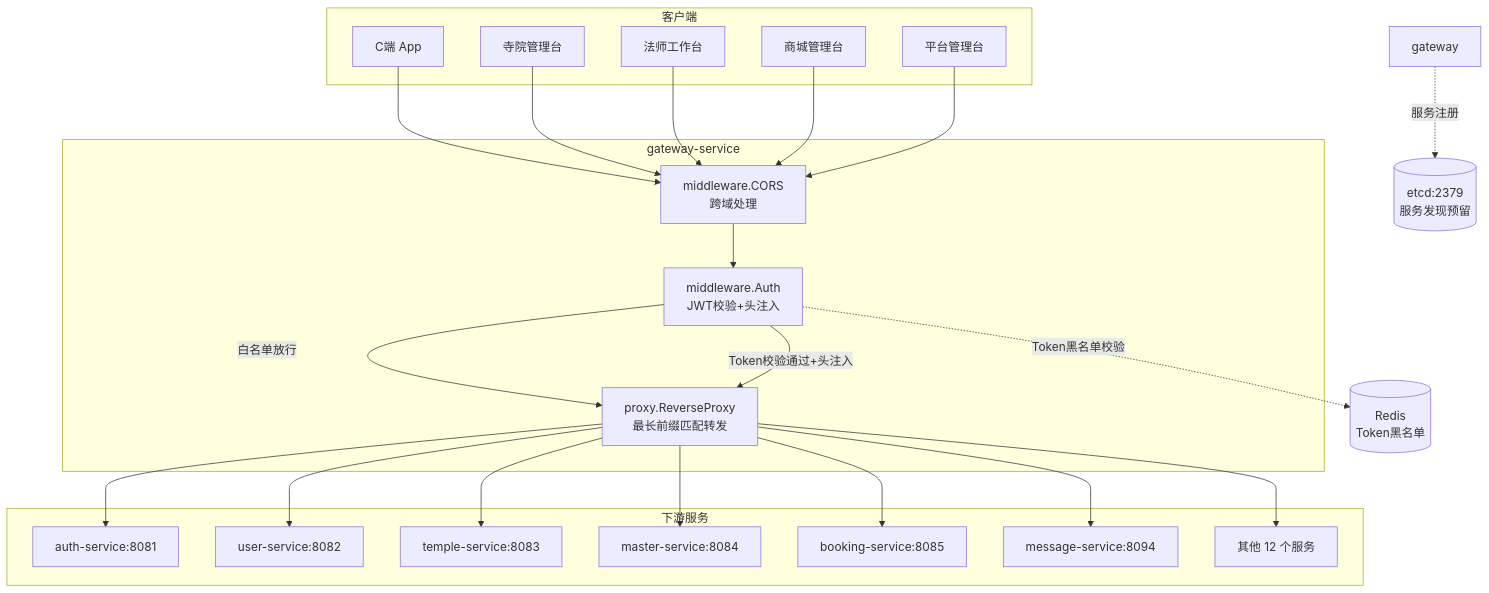
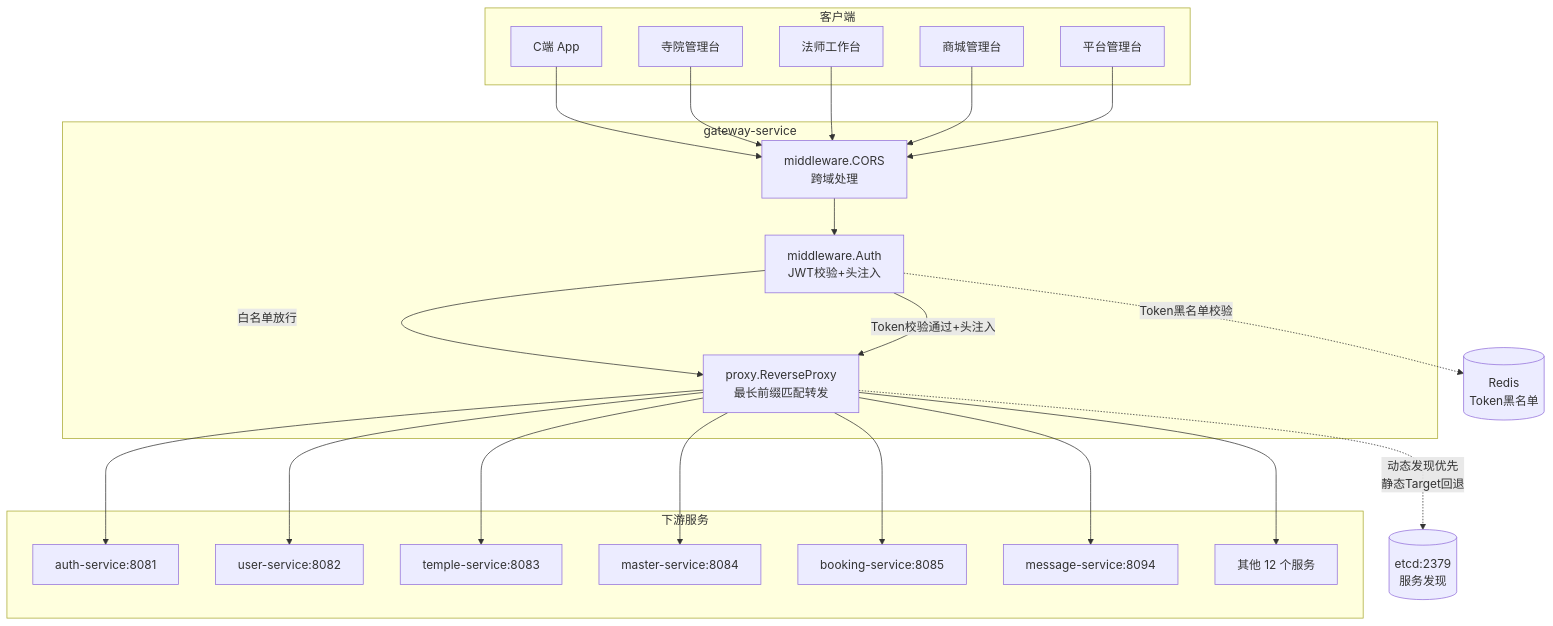
Before and after one commit to askxuan-dongfang/askxuan-docs: the diagram in docs/architecture/services/网关服务.md, drawn with Mermaid. The commit also changed other lines of this file and 2 other files, not shown here.

Commit message:
docs: align gateway and service dictionary docs

````diff
--- a/docs/architecture/services/网关服务.md
+++ b/docs/architecture/services/网关服务.md
@@ -27,37 +27,37 @@
 ```mermaid
 graph TB
     subgraph 客户端
         C1[C端 App]
         C2[寺院管理台]
         C3[法师工作台]
         C4[商城管理台]
         C5[平台管理台]
     end
 
     subgraph gateway-service
         CORS[middleware.CORS<br/>跨域处理]
         AUTH[middleware.Auth<br/>JWT校验+头注入]
         PROXY[proxy.ReverseProxy<br/>最长前缀匹配转发]
     end
 
     subgraph 下游服务
         AUTH_SVC[auth-service:8081]
         USER_SVC[user-service:8082]
         TEMPLE_SVC[temple-service:8083]
         MASTER_SVC[master-service:8084]
         BOOKING_SVC[booking-service:8085]
         MSG_SVC[message-service:8094]
         OTHER_SVC[其他 12 个服务]
     end
 
     REDIS[(Redis<br/>Token黑名单)]
-    ETCD[(etcd:2379<br/>服务发现预留)]
+    ETCD[(etcd:2379<br/>服务发现)]
 
     C1 & C2 & C3 & C4 & C5 --> CORS
     CORS --> AUTH
     AUTH -->|白名单放行| PROXY
     AUTH -->|Token校验通过+头注入| PROXY
     AUTH -.Token黑名单校验.-> REDIS
     PROXY --> AUTH_SVC & USER_SVC & TEMPLE_SVC & MASTER_SVC & BOOKING_SVC & MSG_SVC & OTHER_SVC
-    gateway -.服务注册.-> ETCD
+    PROXY -.动态发现优先<br/>静态Target回退.-> ETCD
 ```
````
